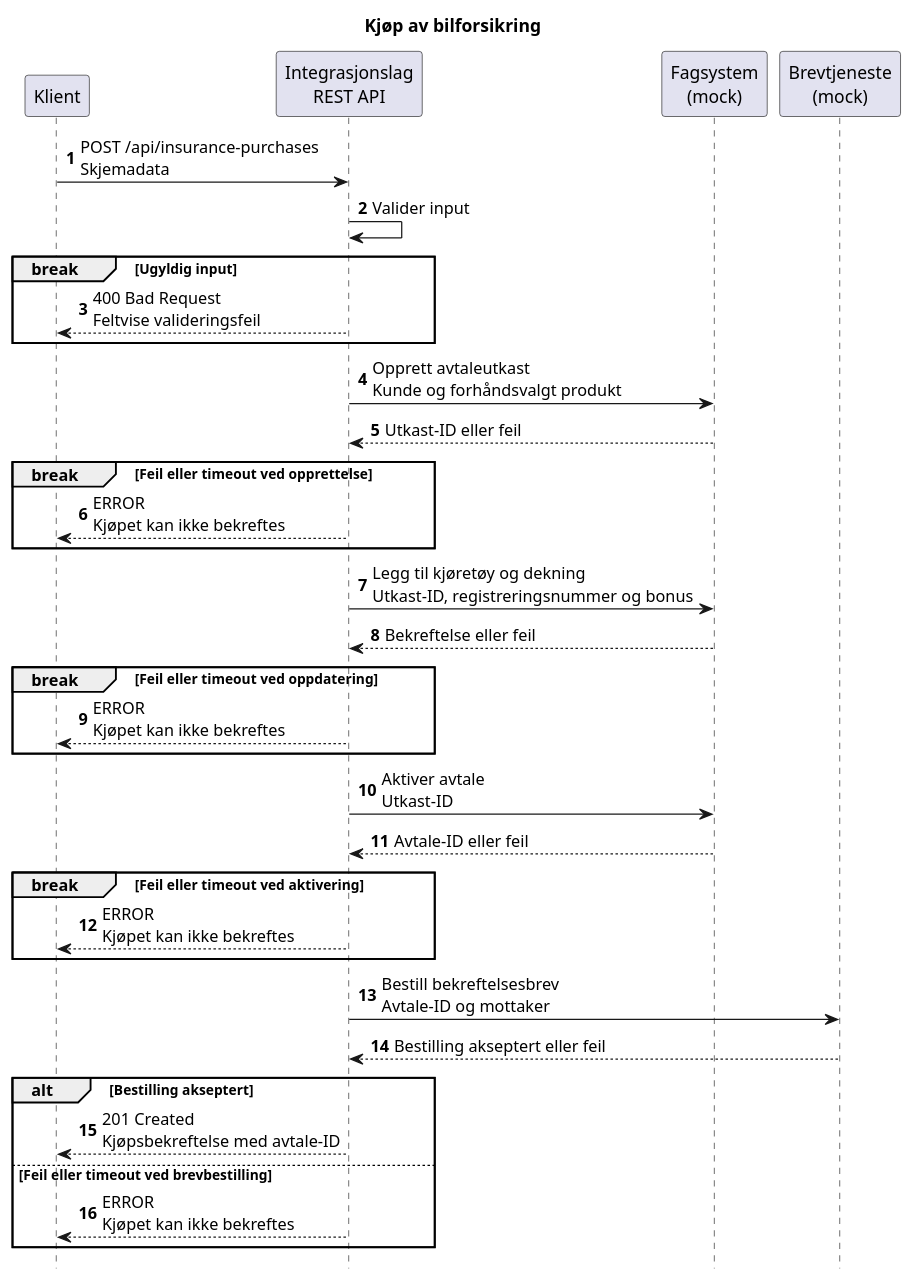
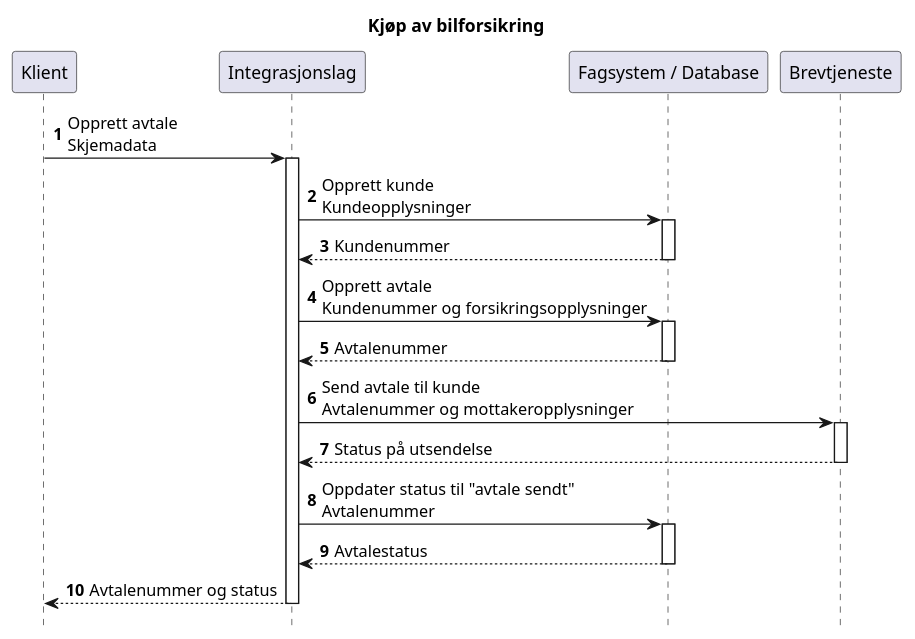
The diagram in docs/kjopsflyt.puml (RagnhildBr/bilforsikring), drawn with PlantUML before and after one commit. The commit also changed 1 other file, not shown here.

```diff
--- a/docs/kjopsflyt.puml
+++ b/docs/kjopsflyt.puml
@@ -1,42 +1,35 @@
 @startuml
  title Kjøp av bilforsikring
  hide footbox
  autonumber
  participant Klient
- participant "Integrasjonslag\nREST API" as API
- participant "Fagsystem\n(mock)" as Policy
- participant "Brevtjeneste\n(mock)" as Letter
+ participant Integrasjonslag as API
+ participant "Fagsystem / Database" as Policy
+ participant Brevtjeneste as Letter
 
- Klient -> API: POST /api/insurance-purchases\nSkjemadata
- API -> API: Valider input
- break Ugyldig input
-   API --> Klient: 400 Bad Request\nFeltvise valideringsfeil
- end
+ Klient -> API: Opprett avtale\nSkjemadata
+ activate API
+ API -> Policy: Opprett kunde\nKundeopplysninger
+ activate Policy
+ Policy --> API: Kundenummer
+ deactivate Policy
 
- API -> Policy: Opprett avtaleutkast\nKunde og forhåndsvalgt produkt
- Policy --> API: Utkast-ID eller feil
- break Feil eller timeout ved opprettelse
-   API --> Klient: ERROR\nKjøpet kan ikke bekreftes
- end
+ API -> Policy: Opprett avtale\nKundenummer og forsikringsopplysninger
+ activate Policy
+ Policy --> API: Avtalenummer
+ deactivate Policy
 
- API -> Policy: Legg til kjøretøy og dekning\nUtkast-ID, registreringsnummer og bonus
- Policy --> API: Bekreftelse eller feil
- break Feil eller timeout ved oppdatering
-   API --> Klient: ERROR\nKjøpet kan ikke bekreftes
- end
+ API -> Letter: Send avtale til kunde\nAvtalenummer og mottakeropplysninger
+ activate Letter
+ Letter --> API: Status på utsendelse
+ deactivate Letter
 
- API -> Policy: Aktiver avtale\nUtkast-ID
- Policy --> API: Avtale-ID eller feil
- break Feil eller timeout ved aktivering
-   API --> Klient: ERROR\nKjøpet kan ikke bekreftes
- end
+ API -> Policy: Oppdater status til "avtale sendt"\nAvtalenummer
+ activate Policy
+ Policy --> API: Avtalestatus
+ deactivate Policy
 
- API -> Letter: Bestill bekreftelsesbrev\nAvtale-ID og mottaker
- Letter --> API: Bestilling akseptert eller feil
- alt Bestilling akseptert
-   API --> Klient: 201 Created\nKjøpsbekreftelse med avtale-ID
- else Feil eller timeout ved brevbestilling
+ API --> Klient: Avtalenummer og status
+ deactivate API
 
-   API --> Klient: ERROR\nKjøpet kan ikke bekreftes
- end
 @enduml
```
